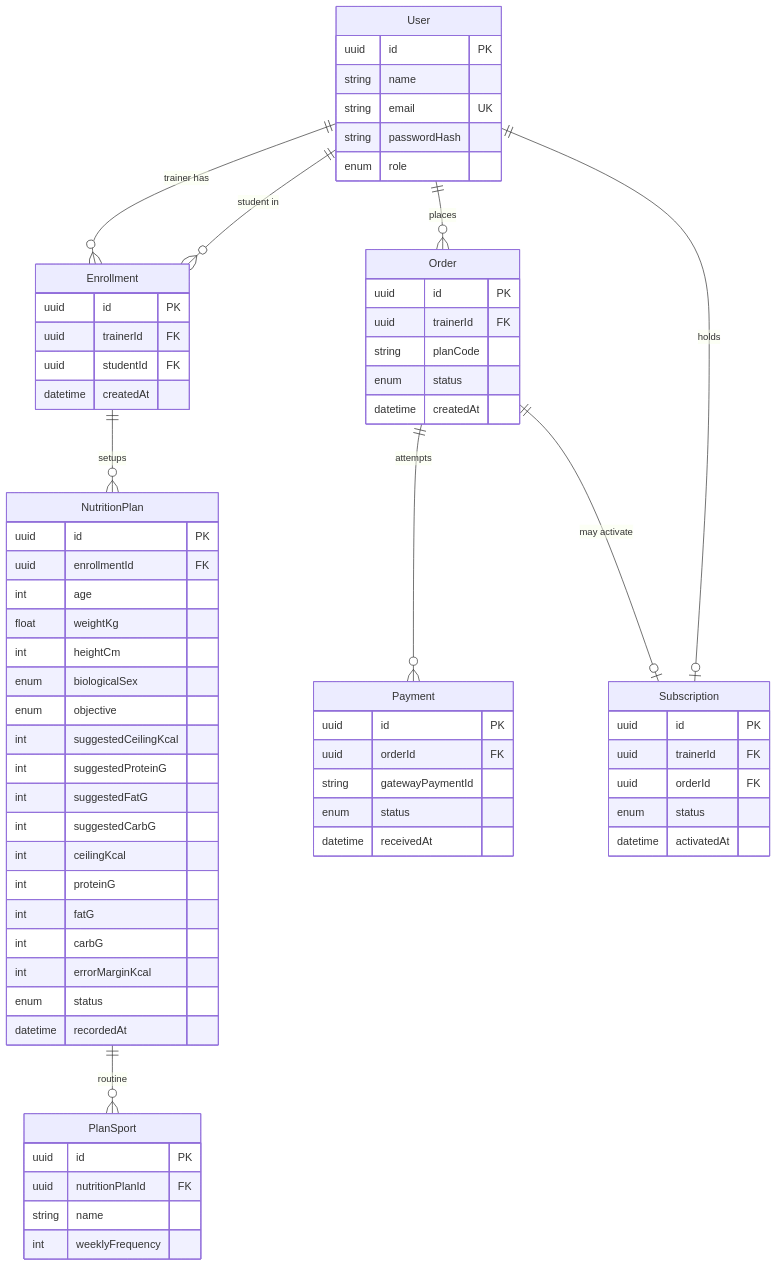
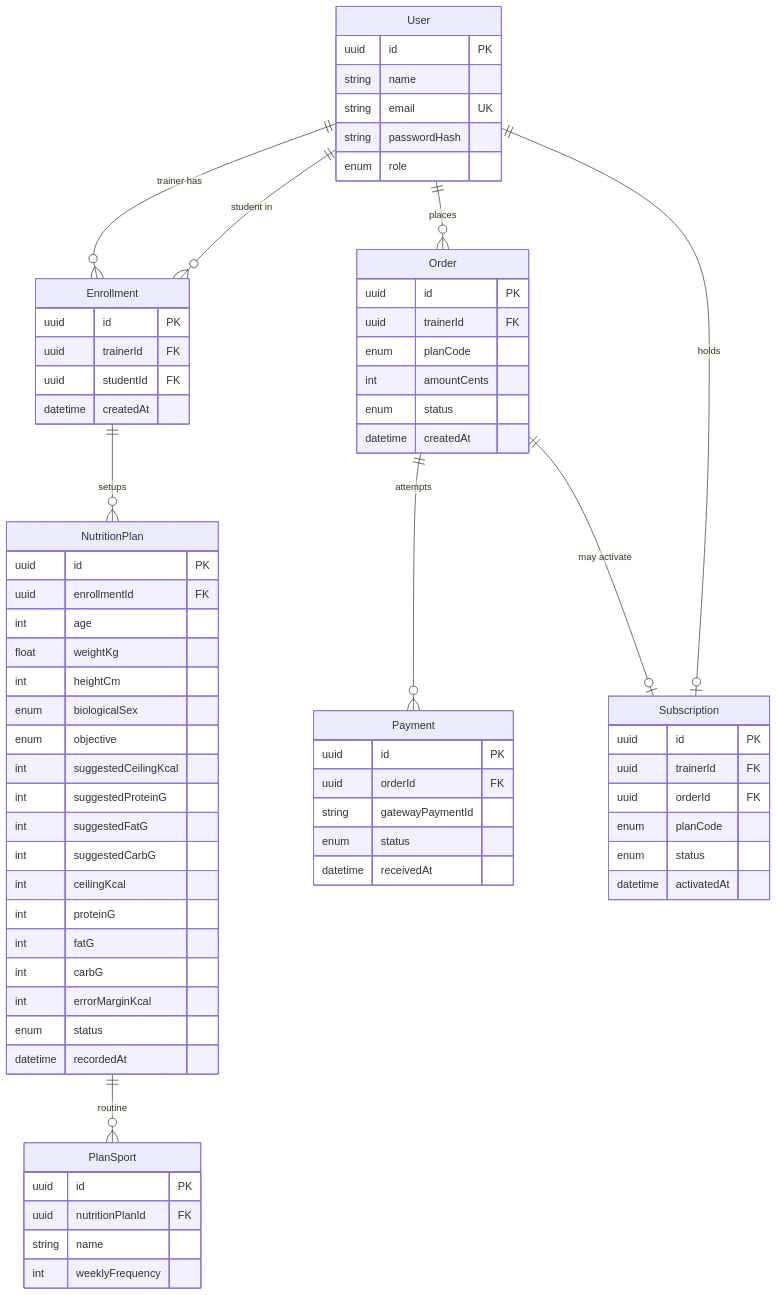
Before and after one commit to AllanCordova/zenith-tracker: the diagram in docs/architecture.md, drawn with Mermaid. The commit also changed other lines of this file and 13 other files, not shown here.

````diff
--- a/docs/architecture.md
+++ b/docs/architecture.md
@@ -230,78 +230,80 @@
 ```mermaid
 erDiagram
     User ||--o{ Enrollment : "trainer has"
     User ||--o{ Enrollment : "student in"
     Enrollment ||--o{ NutritionPlan : "setups"
     NutritionPlan ||--o{ PlanSport : "routine"
     User ||--o{ Order : "places"
     Order ||--o{ Payment : "attempts"
     User ||--o| Subscription : "holds"
     Order ||--o| Subscription : "may activate"
 
     User {
         uuid id PK
         string name
         string email UK
         string passwordHash
         enum role
     }
 
     Enrollment {
         uuid id PK
         uuid trainerId FK
         uuid studentId FK
         datetime createdAt
     }
 
     NutritionPlan {
         uuid id PK
         uuid enrollmentId FK
         int age
         float weightKg
         int heightCm
         enum biologicalSex
         enum objective
         int suggestedCeilingKcal
         int suggestedProteinG
         int suggestedFatG
         int suggestedCarbG
         int ceilingKcal
         int proteinG
         int fatG
         int carbG
         int errorMarginKcal
         enum status
         datetime recordedAt
     }
 
     PlanSport {
         uuid id PK
         uuid nutritionPlanId FK
         string name
         int weeklyFrequency
     }
 
     Order {
         uuid id PK
         uuid trainerId FK
-        string planCode
+        enum planCode
+        int amountCents
         enum status
         datetime createdAt
     }
 
     Payment {
         uuid id PK
         uuid orderId FK
         string gatewayPaymentId
         enum status
         datetime receivedAt
     }
 
     Subscription {
         uuid id PK
         uuid trainerId FK
         uuid orderId FK
+        enum planCode
         enum status
         datetime activatedAt
     }
 ```
````
